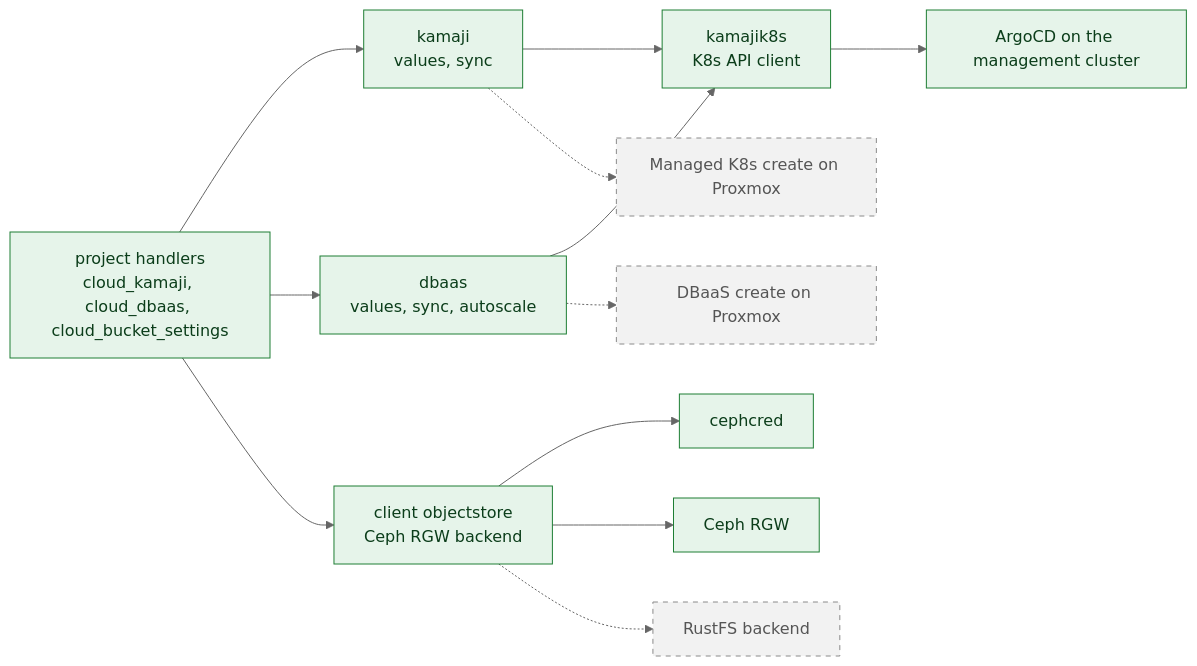
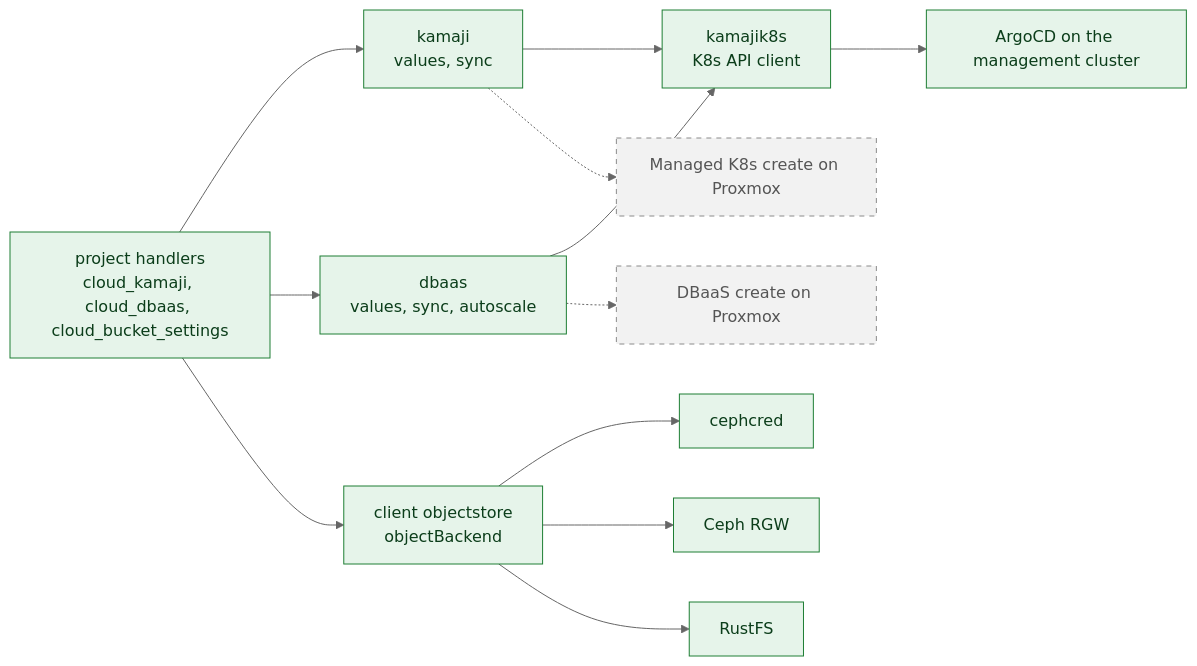
The fifth of 5 diagrams in docs/architecture/c4/c3-components.md (mutex-solutions/proxcloud), drawn with Mermaid (neutral theme) before and after one commit. The commit also changed other lines of this file and 45 other files, not shown here.

First line of the commit message:
feat(storage): add RustFS tenant buckets behind objectBackend

````diff
--- a/docs/architecture/c4/c3-components.md
+++ b/docs/architecture/c4/c3-components.md
@@ -267,29 +267,29 @@
 ```mermaid
 flowchart LR
   classDef impl fill:#e6f4ea,stroke:#1e7e34,color:#0b3d1a
   classDef planned fill:#f2f2f2,stroke:#8a8a8a,stroke-dasharray:5 5,color:#555555
 
   ph["project handlers<br/>cloud_kamaji, cloud_dbaas, cloud_bucket_settings"]:::impl
   kam["kamaji<br/>values, sync"]:::impl
   dba["dbaas<br/>values, sync, autoscale"]:::impl
   k8s["kamajik8s<br/>K8s API client"]:::impl
-  obj["client objectstore<br/>Ceph RGW backend"]:::impl
+  obj["client objectstore<br/>objectBackend"]:::impl
   ccred["cephcred"]:::impl
   argo["ArgoCD on the management cluster"]:::impl
   rgw["Ceph RGW"]:::impl
   pvek8s["Managed K8s create on Proxmox"]:::planned
   pvedb["DBaaS create on Proxmox"]:::planned
-  rustfs["RustFS backend"]:::planned
+  rustfs["RustFS"]:::impl
 
   ph --> kam
   ph --> dba
   ph --> obj
   kam --> k8s
   dba --> k8s
   k8s --> argo
   obj --> ccred
   obj --> rgw
   kam -.-> pvek8s
   dba -.-> pvedb
-  obj -.-> rustfs
+  obj --> rustfs
 ```
````
